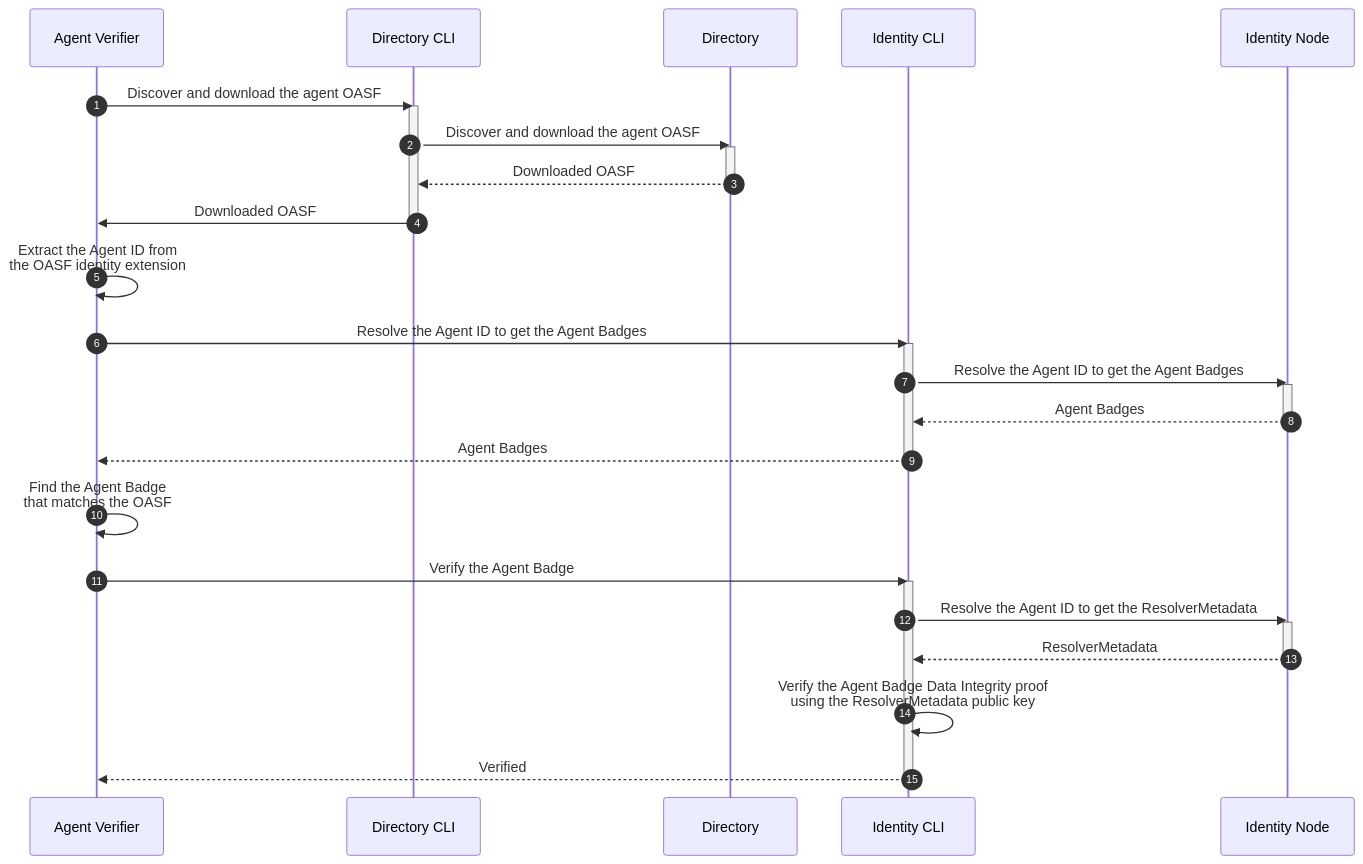
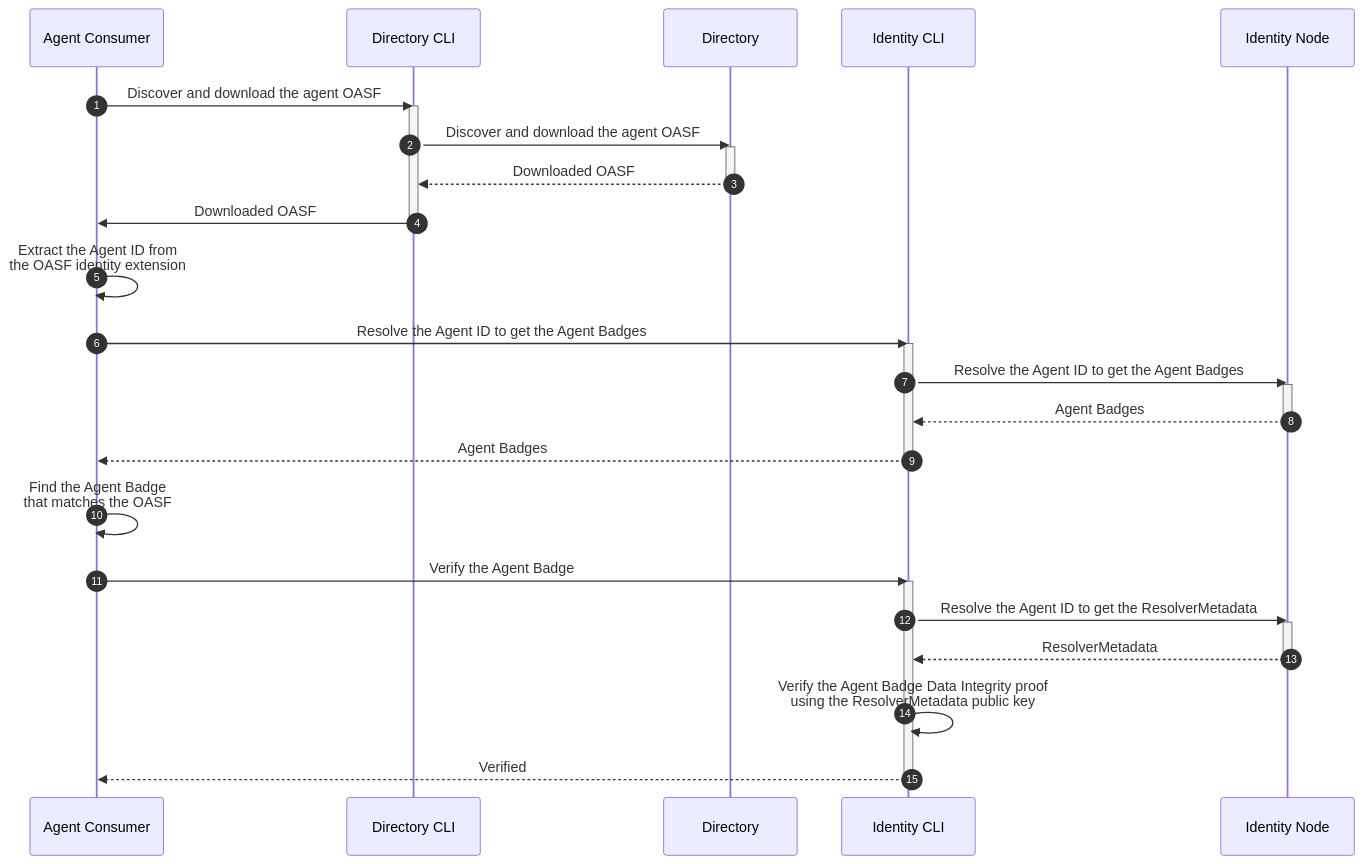
Before and after one commit to agntcy/identity-spec: the third of 4 diagrams in docs-src/docs/specs/flows/agntcy_advanced.md, drawn with Mermaid. The commit also changed other lines of this file, not shown here.

Commit message:
feat: Rename verifier to consumer

````diff
--- a/docs-src/docs/specs/flows/agntcy_advanced.md
+++ b/docs-src/docs/specs/flows/agntcy_advanced.md
@@ -107,36 +107,36 @@
 ```mermaid
 sequenceDiagram
 autonumber
 
-Agent Verifier->>Directory CLI: Discover and download the agent OASF
+Agent Consumer->>Directory CLI: Discover and download the agent OASF
 activate Directory CLI
 Directory CLI->>Directory: Discover and download the agent OASF
 activate Directory
 Directory-->>Directory CLI: Downloaded OASF
 deactivate Directory
-Directory CLI->>Agent Verifier: Downloaded OASF
+Directory CLI->>Agent Consumer: Downloaded OASF
 deactivate Directory CLI
 
-Agent Verifier->>Agent Verifier: Extract the Agent ID from<br/>the OASF identity extension
+Agent Consumer->>Agent Consumer: Extract the Agent ID from<br/>the OASF identity extension
 
-Agent Verifier->>Identity CLI: Resolve the Agent ID to get the Agent Badges
+Agent Consumer->>Identity CLI: Resolve the Agent ID to get the Agent Badges
 activate Identity CLI
 Identity CLI->>Identity Node: Resolve the Agent ID to get the Agent Badges
 activate Identity Node
 Identity Node-->>Identity CLI: Agent Badges
 deactivate Identity Node
-Identity CLI-->>Agent Verifier: Agent Badges
+Identity CLI-->>Agent Consumer: Agent Badges
 deactivate Identity CLI
 
-Agent Verifier->>Agent Verifier: Find the Agent Badge<br/>that matches the OASF
+Agent Consumer->>Agent Consumer: Find the Agent Badge<br/>that matches the OASF
 
-Agent Verifier->>Identity CLI: Verify the Agent Badge
+Agent Consumer->>Identity CLI: Verify the Agent Badge
 activate Identity CLI
 Identity CLI->>Identity Node: Resolve the Agent ID to get the ResolverMetadata
 activate Identity Node
 Identity Node-->>Identity CLI: ResolverMetadata
 deactivate Identity Node
 Identity CLI->>Identity CLI: Verify the Agent Badge Data Integrity proof<br/>using the ResolverMetadata public key
-Identity CLI-->>Agent Verifier: Verified
+Identity CLI-->>Agent Consumer: Verified
 deactivate Identity CLI
 ```
````
